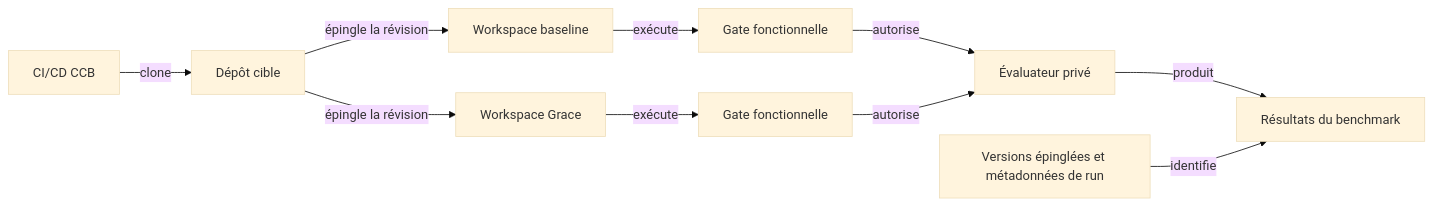
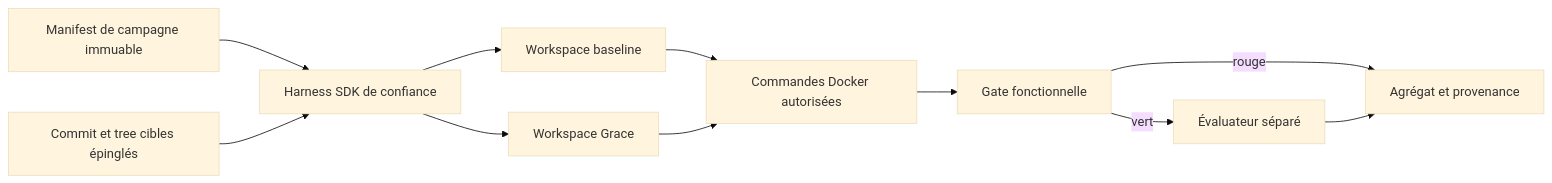
Before and after one commit to HoppR-tech/codeconform-bench: the second of 4 diagrams in README.fr.md, drawn with Mermaid (base theme). The commit also changed other lines of this file and 30 other files, not shown here.

Commit message:
feat: add reproducible OhMyForm benchmark [run benchmark]

````diff
--- a/README.fr.md
+++ b/README.fr.md
@@ -61,17 +61,18 @@
 ```mermaid
 flowchart LR
-    accTitle: Architecture proposée du benchmark CCB
+    accTitle: Architecture implémentée du benchmark CCB
     accDescr {
-      La CI/CD clone un dépôt cible à une révision épinglée et crée des workspaces baseline et Grace identiques.
-      Les deux workspaces passent par une gate fonctionnelle. Les runs réussis sont évalués en privé et combinés avec les métadonnées de run dans les résultats du benchmark.
+      Le harness de confiance crée des workspaces candidats appariés et appelle le même modèle avec et sans Grace.
+      Les commandes candidat s’exécutent dans un conteneur sans réseau. Les candidats fonctionnels sont ensuite notés par un évaluateur séparé.
     }
-    CI[CI/CD CCB] -->|clone| T[Dépôt cible]
-    T -->|épingle la révision| B[Workspace baseline]
-    T -->|épingle la révision| G[Workspace Grace]
-    B -->|exécute| FB[Gate fonctionnelle]
-    G -->|exécute| FG[Gate fonctionnelle]
-    FB -->|autorise| E[Évaluateur privé]
-    FG -->|autorise| E
-    E -->|produit| R[Résultats du benchmark]
-    M[Versions épinglées et métadonnées de run] -->|identifie| R
+    M[Manifest de campagne immuable] --> H[Harness SDK de confiance]
+    T[Commit et tree cibles épinglés] --> H
+    H --> B[Workspace baseline]
+    H --> G[Workspace Grace]
+    B --> X[Commandes Docker autorisées]
+    G --> X
+    X --> F[Gate fonctionnelle]
+    F -->|vert| E[Évaluateur séparé]
+    F -->|rouge| R[Run sans score d'architecture]
+    E --> R[Agrégat et provenance]
 ```
````
